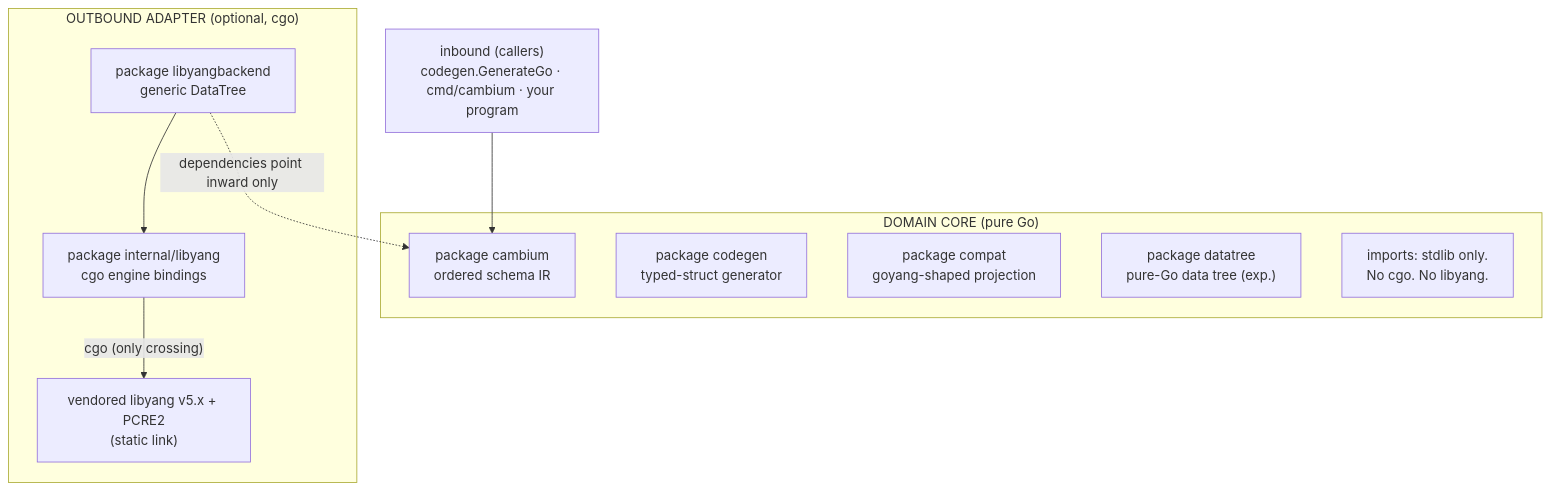
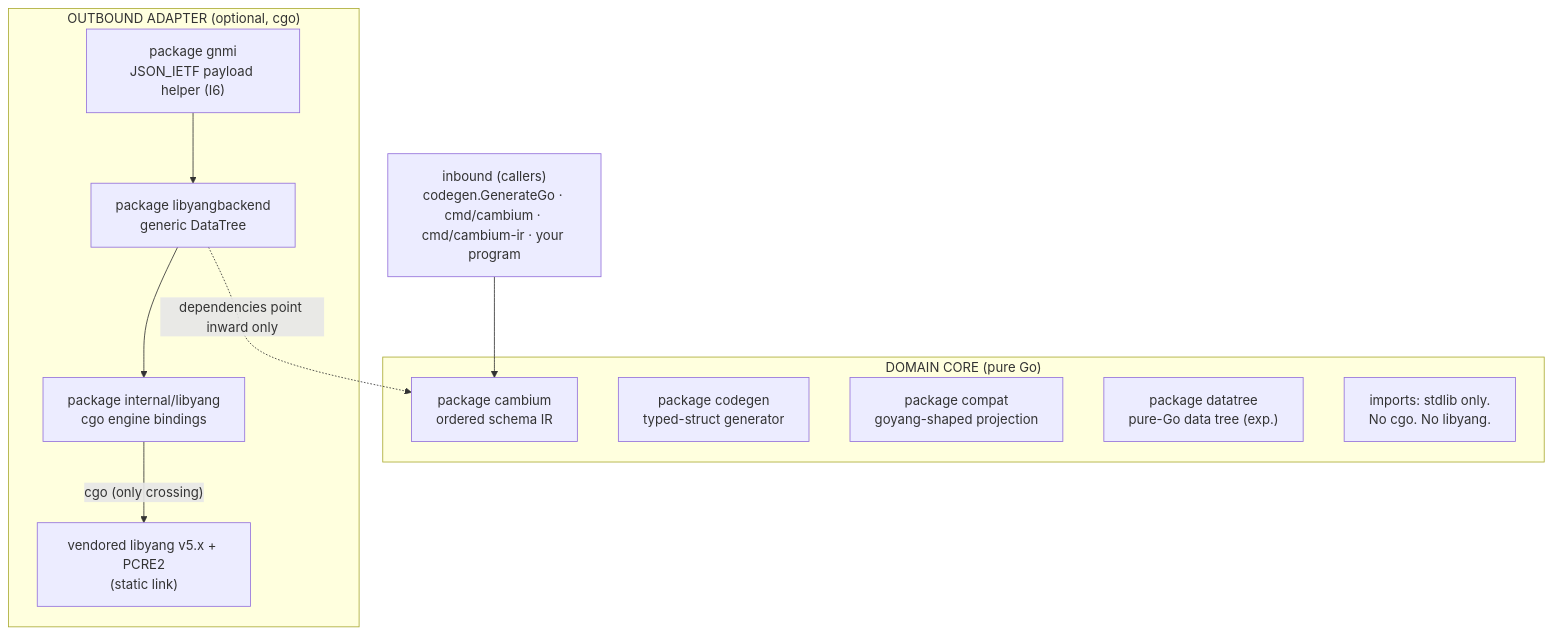
The diagram in docs/concepts/architecture.md (signalbreak-labs/cambium), drawn with Mermaid before and after one commit. The commit also changed other lines of this file and 9 other files, not shown here.

````diff
--- a/docs/concepts/architecture.md
+++ b/docs/concepts/architecture.md
@@ -28,23 +28,25 @@
 ```mermaid
 flowchart TD
-    callers["inbound (callers)<br/>codegen.GenerateGo · cmd/cambium · your program"]
+    callers["inbound (callers)<br/>codegen.GenerateGo · cmd/cambium · cmd/cambium-ir · your program"]
 
     subgraph core["DOMAIN CORE (pure Go)"]
         cambium["package cambium<br/>ordered schema IR"]
         codegen["package codegen<br/>typed-struct generator"]
         compat["package compat<br/>goyang-shaped projection"]
         datatree["package datatree<br/>pure-Go data tree (exp.)"]
         pure["imports: stdlib only.<br/>No cgo. No libyang."]
     end
 
     subgraph adapter["OUTBOUND ADAPTER (optional, cgo)"]
+        gnmi["package gnmi<br/>JSON_IETF payload helper (I6)"]
         backend["package libyangbackend<br/>generic DataTree"]
         ffi["package internal/libyang<br/>cgo engine bindings"]
         engine["vendored libyang v5.x + PCRE2<br/>(static link)"]
     end
 
     callers --> cambium
     backend -. "dependencies point inward only" .-> cambium
+    gnmi --> backend
     backend --> ffi
     ffi -->|"cgo (only crossing)"| engine
 ```
````
